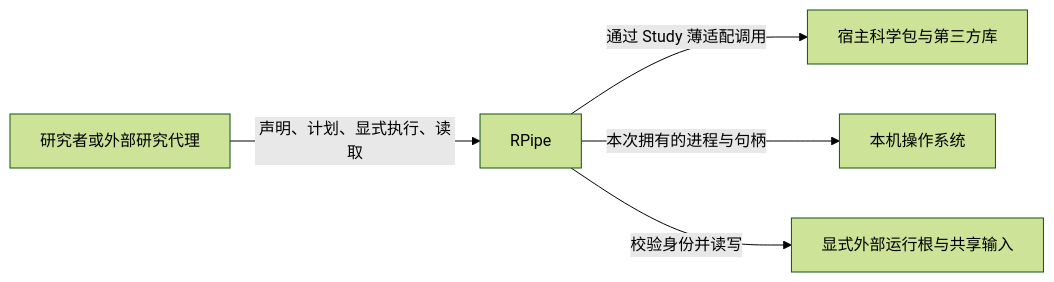
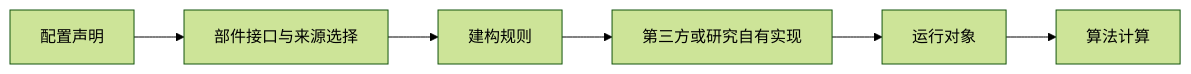
The second of 4 diagrams in docs/架构设计 Architecture Design 研究流水线.md (DreamSoul-AI/RPipe), drawn with Mermaid (forest theme) before and after one commit. The commit also changed other lines of this file and 7 other files, not shown here.

````diff
--- a/docs/架构设计 Architecture Design 研究流水线.md
+++ b/docs/架构设计 Architecture Design 研究流水线.md
@@ -19,7 +160,8 @@
 ```mermaid
 flowchart LR
-    U[研究者或外部研究代理] -->|声明、计划、显式执行、读取| R[RPipe]
-    R -->|通过 Study 薄适配调用| H[宿主科学包与第三方库]
-    R -->|本次拥有的进程与句柄| O[本机操作系统]
-    R -->|校验身份并读写| A[显式外部运行根与共享输入]
+    Declaration[配置声明] --> Selection[部件接口与来源选择]
+    Selection --> Construction[建构规则]
+    Construction --> ThirdParty[第三方或研究自有实现]
+    ThirdParty --> Runtime[运行对象]
+    Runtime --> Computation[算法计算]
 ```
````
